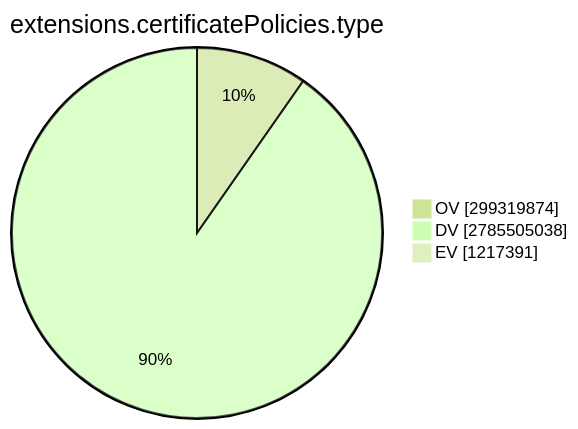
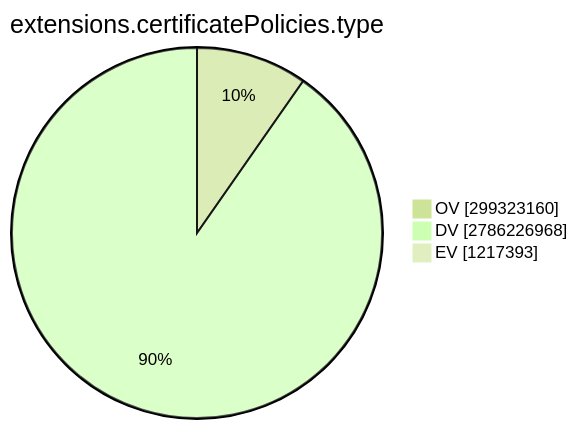
One commit to christiankrug/ctmonitor_visualization changed the ninth of 15 diagrams in TOTAL/README.md. Above: the diagram before and after it, drawn with Mermaid (forest theme). The commit also changed other lines of this file, not shown here.

````diff
--- a/TOTAL/README.md
+++ b/TOTAL/README.md
@@ -3101,7 +3101,7 @@
 ```mermaid
 pie showData
 title extensions.certificatePolicies.type
-"OV" :299319874
-"DV" :2785505038
-"EV" :1217391
+"OV" :299323160
+"DV" :2786226968
+"EV" :1217393
 ```
````
